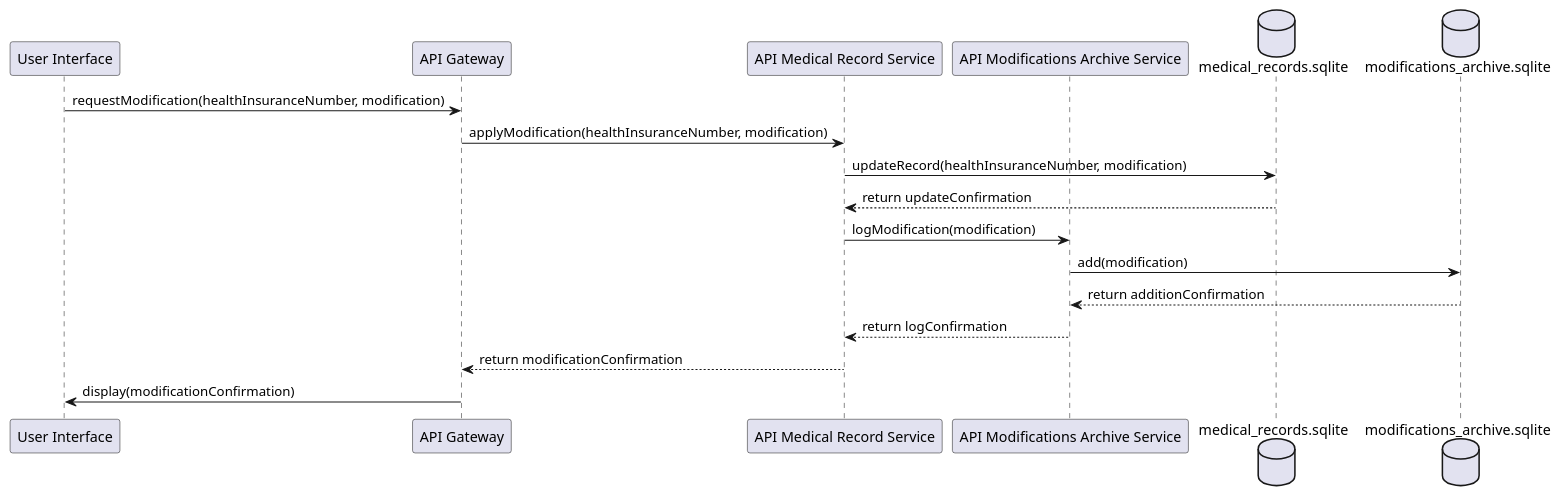
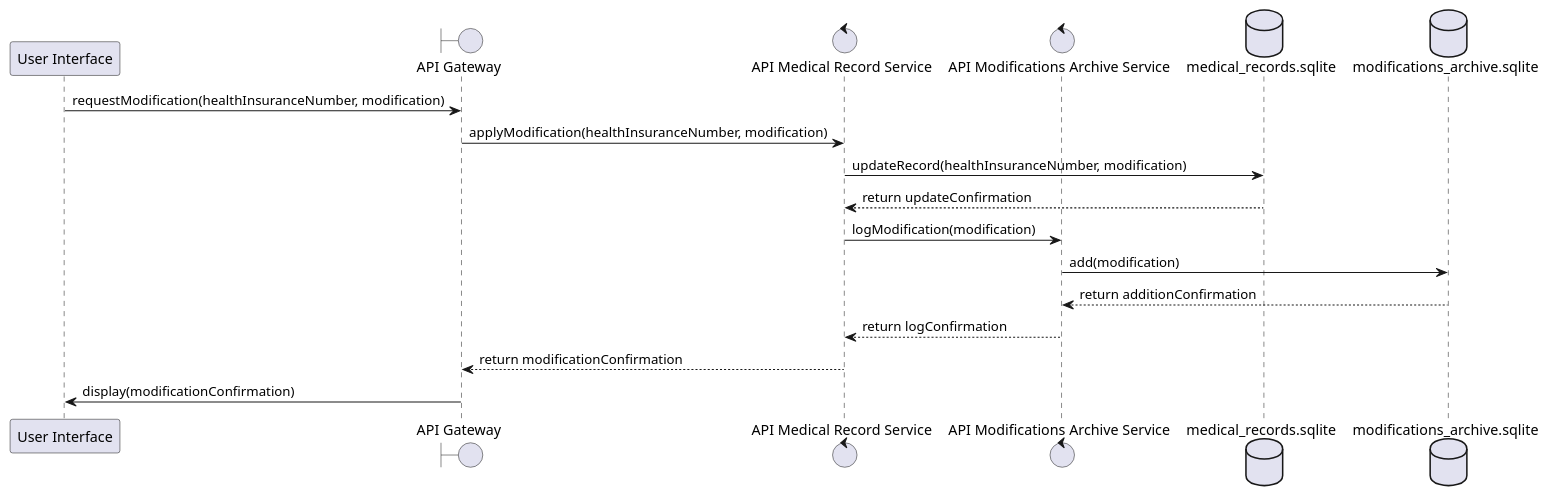
One commit to CyberFery/med changed diagram 11 of 14 in _models/SequenceDiagrams/sequence.puml. Above: the diagram before and after it, drawn with PlantUML. The commit also changed other lines of this file, not shown here.

```diff
--- a/_models/SequenceDiagrams/sequence.puml
+++ b/_models/SequenceDiagrams/sequence.puml
@@ -216,32 +216,32 @@
 @startuml
 participant "User Interface" as UI
-participant "API Gateway" as Gateway
-participant "API Medical Record Service" as RecordService
-participant "API Modifications Archive Service" as ArchiveService
+boundary "API Gateway" as Gateway
+control "API Medical Record Service" as RecordService
+control "API Modifications Archive Service" as ArchiveService
 database "medical_records.sqlite" as MedicalDB
 database "modifications_archive.sqlite" as ModDB
 
 
 UI -> Gateway: requestModification(healthInsuranceNumber, modification)
 
 
 Gateway -> RecordService: applyModification(healthInsuranceNumber, modification)
 
 
 RecordService -> MedicalDB: updateRecord(healthInsuranceNumber, modification)
 MedicalDB --> RecordService: return updateConfirmation
 
 
 RecordService -> ArchiveService: logModification(modification)
 
 
 ArchiveService -> ModDB: add(modification)
 ModDB --> ArchiveService: return additionConfirmation
 
 
 ArchiveService --> RecordService: return logConfirmation
 
 RecordService --> Gateway: return modificationConfirmation
 
 Gateway -> UI: display(modificationConfirmation)
 @enduml
```
